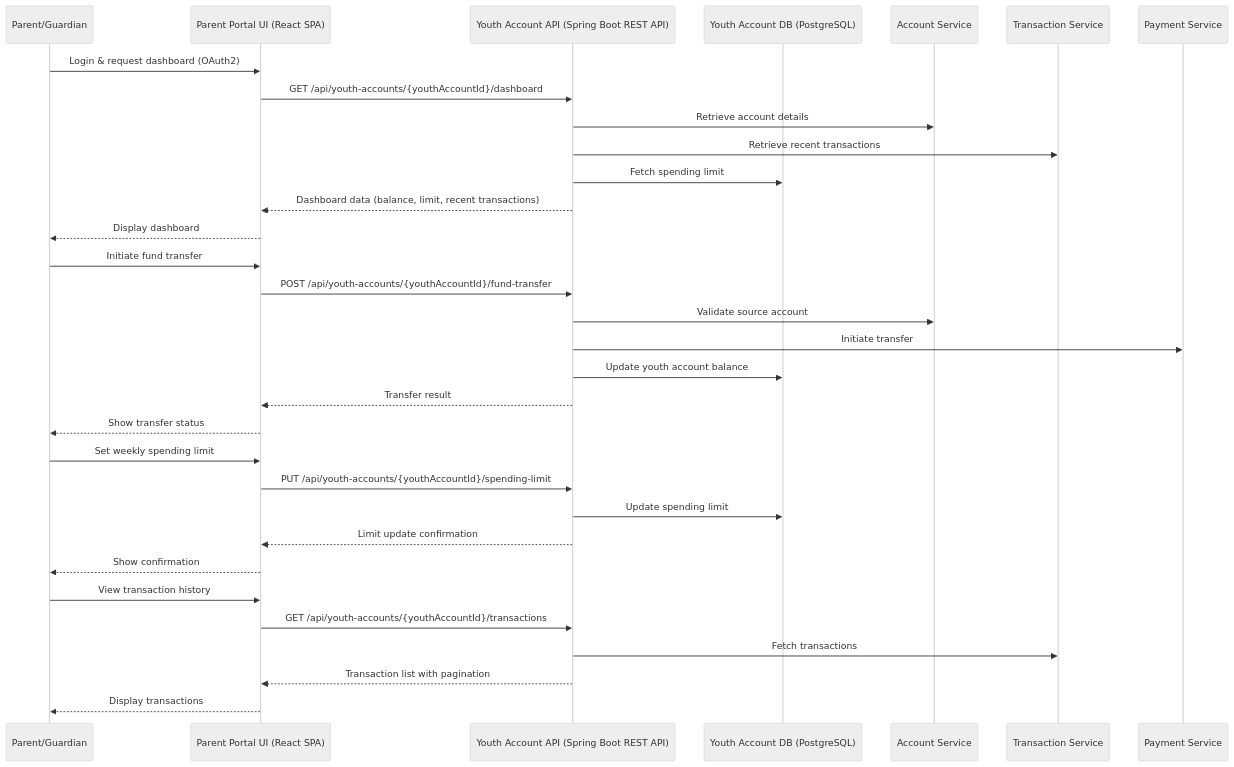
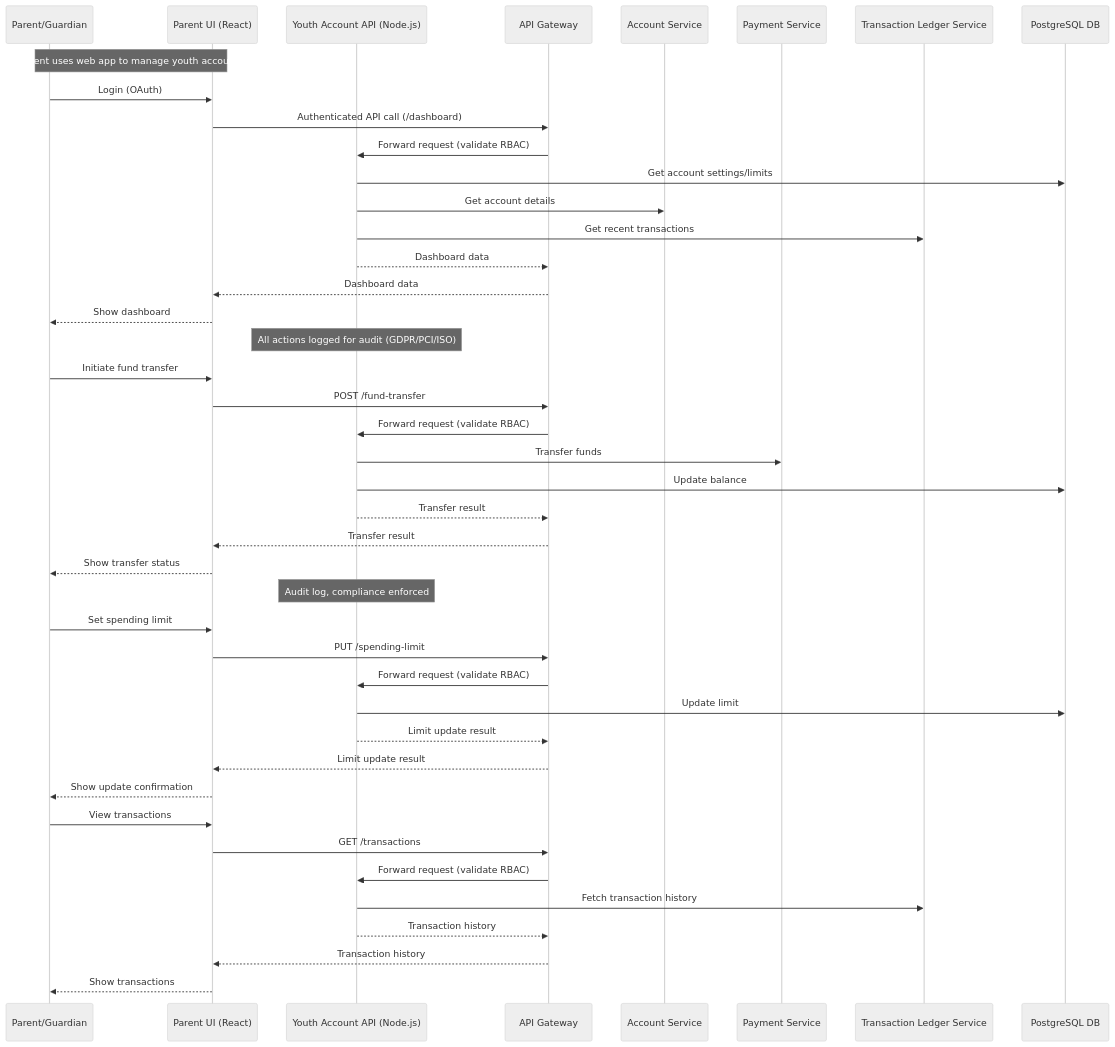
The diagram in Components and Sequence Diagrams/sequence_diagram.mmd (Ascend-Krithi/SCIB-Inception), drawn with Mermaid (neutral theme) before and after one commit. The commit also changed 1 other file, not shown here.

```diff
--- a/Components and Sequence Diagrams/sequence_diagram.mmd
+++ b/Components and Sequence Diagrams/sequence_diagram.mmd
@@ -1,41 +1,48 @@
-%% Sequence Diagram for Youth Account Management APIs
+%% Sequence Diagram: Youth Account Management - API Flows
 sequenceDiagram
-    participant Parent as Parent/Guardian
-    participant UI as Parent Portal UI (React SPA)
-    participant API as Youth Account API (Spring Boot REST API)
-    participant DB as Youth Account DB (PostgreSQL)
-    participant AccountService as Account Service
-    participant TransactionService as Transaction Service
-    participant PaymentService as Payment Service
+  participant Parent as Parent/Guardian
+  participant UI as Parent UI (React)
+  participant API as Youth Account API (Node.js)
+  participant GW as API Gateway
+  participant ACC as Account Service
+  participant PAY as Payment Service
+  participant LEDGER as Transaction Ledger Service
+  participant DB as PostgreSQL DB
+  Note over Parent,UI: Parent uses web app to manage youth accounts
 
-    %% Dashboard API
-    Parent->>UI: Login & request dashboard (OAuth2)
-    UI->>API: GET /api/youth-accounts/{youthAccountId}/dashboard
-    API->>AccountService: Retrieve account details
-    API->>TransactionService: Retrieve recent transactions
-    API->>DB: Fetch spending limit
-    API-->>UI: Dashboard data (balance, limit, recent transactions)
-    UI-->>Parent: Display dashboard
+  Parent->>UI: Login (OAuth)
+  UI->>GW: Authenticated API call (/dashboard)
+  GW->>API: Forward request (validate RBAC)
+  API->>DB: Get account settings/limits
+  API->>ACC: Get account details
+  API->>LEDGER: Get recent transactions
+  API-->>GW: Dashboard data
+  GW-->>UI: Dashboard data
+  UI-->>Parent: Show dashboard
+  Note over API: All actions logged for audit (GDPR/PCI/ISO)
 
-    %% Fund Transfer API
-    Parent->>UI: Initiate fund transfer
-    UI->>API: POST /api/youth-accounts/{youthAccountId}/fund-transfer
-    API->>AccountService: Validate source account
-    API->>PaymentService: Initiate transfer
-    API->>DB: Update youth account balance
-    API-->>UI: Transfer result
-    UI-->>Parent: Show transfer status
+  Parent->>UI: Initiate fund transfer
+  UI->>GW: POST /fund-transfer
+  GW->>API: Forward request (validate RBAC)
+  API->>PAY: Transfer funds
+  API->>DB: Update balance
+  API-->>GW: Transfer result
+  GW-->>UI: Transfer result
+  UI-->>Parent: Show transfer status
+  Note over API: Audit log, compliance enforced
 
-    %% Spending Limit Configuration API
-    Parent->>UI: Set weekly spending limit
-    UI->>API: PUT /api/youth-accounts/{youthAccountId}/spending-limit
-    API->>DB: Update spending limit
-    API-->>UI: Limit update confirmation
-    UI-->>Parent: Show confirmation
+  Parent->>UI: Set spending limit
+  UI->>GW: PUT /spending-limit
+  GW->>API: Forward request (validate RBAC)
+  API->>DB: Update limit
+  API-->>GW: Limit update result
+  GW-->>UI: Limit update result
+  UI-->>Parent: Show update confirmation
 
-    %% Transaction History API
-    Parent->>UI: View transaction history
-    UI->>API: GET /api/youth-accounts/{youthAccountId}/transactions
-    API->>TransactionService: Fetch transactions
-    API-->>UI: Transaction list with pagination
-    UI-->>Parent: Display transactions
+  Parent->>UI: View transactions
+  UI->>GW: GET /transactions
+  GW->>API: Forward request (validate RBAC)
+  API->>LEDGER: Fetch transaction history
+  API-->>GW: Transaction history
+  GW-->>UI: Transaction history
+  UI-->>Parent: Show transactions
```
